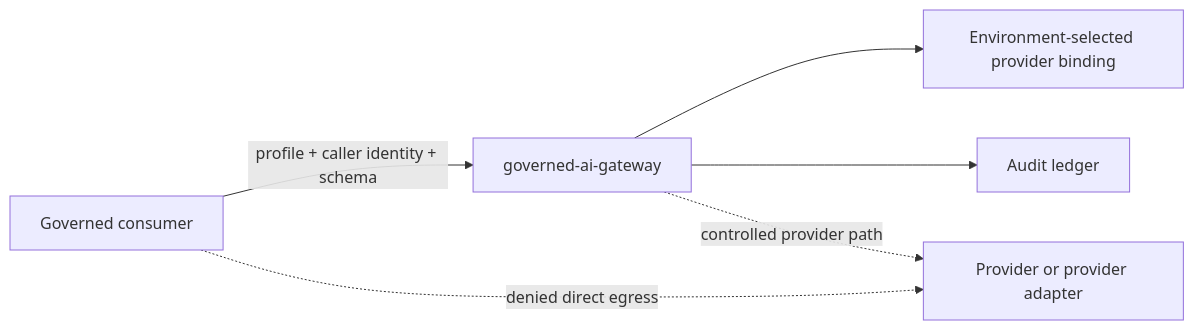
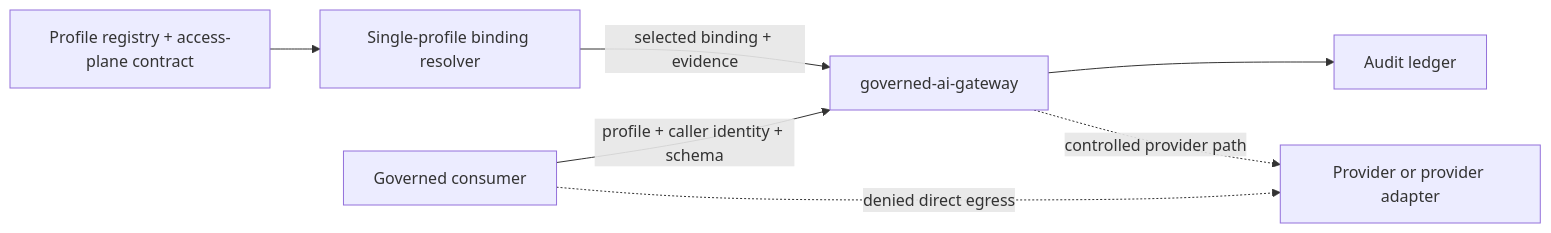
Before and after one commit to mfshaf7/platform-engineering: the diagram in docs/components/governed-ai-gateway/architecture.md, drawn with Mermaid. The commit also changed other lines of this file and 10 other files, not shown here.

````diff
--- a/docs/components/governed-ai-gateway/architecture.md
+++ b/docs/components/governed-ai-gateway/architecture.md
@@ -40,14 +49,16 @@
 ```mermaid
 flowchart LR
+    Registry[Profile registry + access-plane contract]
+    Resolver[Single-profile binding resolver]
     Consumer[Governed consumer]
     Gateway[governed-ai-gateway]
-    Binding[Environment-selected provider binding]
     Audit[Audit ledger]
     Provider[Provider or provider adapter]
 
+    Registry --> Resolver
+    Resolver -->|selected binding + evidence| Gateway
     Consumer -->|profile + caller identity + schema| Gateway
-    Gateway --> Binding
     Gateway --> Audit
     Gateway -. controlled provider path .-> Provider
     Consumer -. denied direct egress .-> Provider
 ```
````
